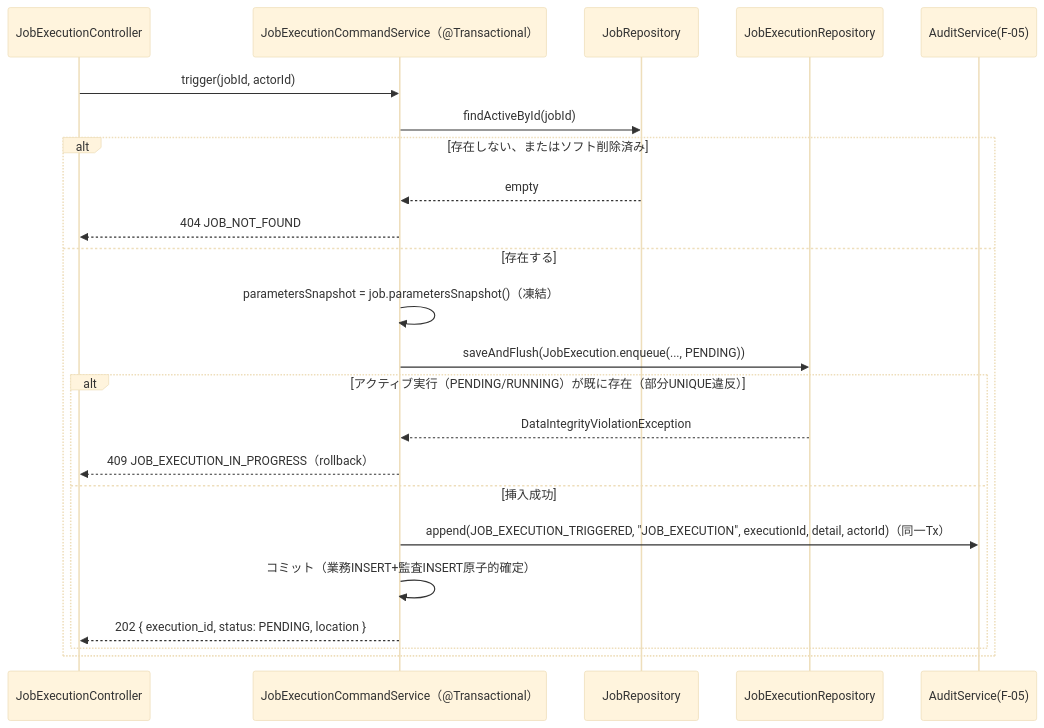
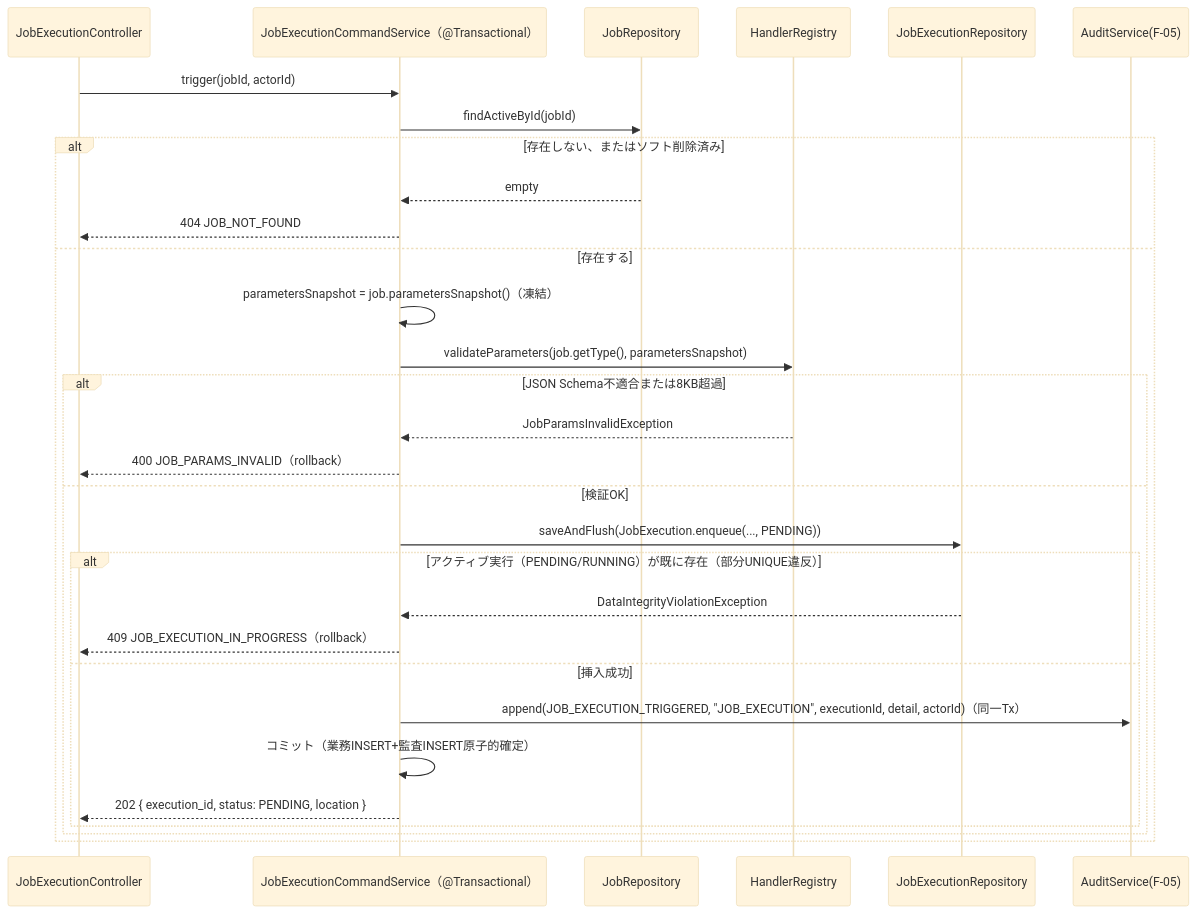
One commit to ryohei-sumii/ForgeHub changed diagram 11 of 11 in docs/design/class/f-04-job-management-backend-class.md. Above: the diagram before and after it, drawn with Mermaid (base theme). The commit also changed other lines of this file and 1 other file, not shown here.

````diff
--- a/docs/design/class/f-04-job-management-backend-class.md
+++ b/docs/design/class/f-04-job-management-backend-class.md
@@ -1852,26 +1877,33 @@
 ```mermaid
 sequenceDiagram
     participant C as JobExecutionController
     participant CS as JobExecutionCommandService（@Transactional）
     participant JR as JobRepository
+    participant HR as HandlerRegistry
     participant ER as JobExecutionRepository
     participant AU as AuditService(F-05)
 
     C->>CS: trigger(jobId, actorId)
     CS->>JR: findActiveById(jobId)
     alt 存在しない、またはソフト削除済み
         JR-->>CS: empty
         CS-->>C: 404 JOB_NOT_FOUND
     else 存在する
         CS->>CS: parametersSnapshot = job.parametersSnapshot()（凍結）
-        CS->>ER: saveAndFlush(JobExecution.enqueue(..., PENDING))
-        alt アクティブ実行（PENDING/RUNNING）が既に存在（部分UNIQUE違反）
-            ER-->>CS: DataIntegrityViolationException
-            CS-->>C: 409 JOB_EXECUTION_IN_PROGRESS（rollback）
-        else 挿入成功
-            CS->>AU: append(JOB_EXECUTION_TRIGGERED, "JOB_EXECUTION", executionId, detail, actorId)（同一Tx）
-            CS->>CS: コミット（業務INSERT+監査INSERT原子的確定）
-            CS-->>C: 202 { execution_id, status: PENDING, location }
+        CS->>HR: validateParameters(job.getType(), parametersSnapshot)
+        alt JSON Schema不適合または8KB超過
+            HR-->>CS: JobParamsInvalidException
+            CS-->>C: 400 JOB_PARAMS_INVALID（rollback）
+        else 検証OK
+            CS->>ER: saveAndFlush(JobExecution.enqueue(..., PENDING))
+            alt アクティブ実行（PENDING/RUNNING）が既に存在（部分UNIQUE違反）
+                ER-->>CS: DataIntegrityViolationException
+                CS-->>C: 409 JOB_EXECUTION_IN_PROGRESS（rollback）
+            else 挿入成功
+                CS->>AU: append(JOB_EXECUTION_TRIGGERED, "JOB_EXECUTION", executionId, detail, actorId)（同一Tx）
+                CS->>CS: コミット（業務INSERT+監査INSERT原子的確定）
+                CS-->>C: 202 { execution_id, status: PENDING, location }
+            end
         end
     end
 ```
````
